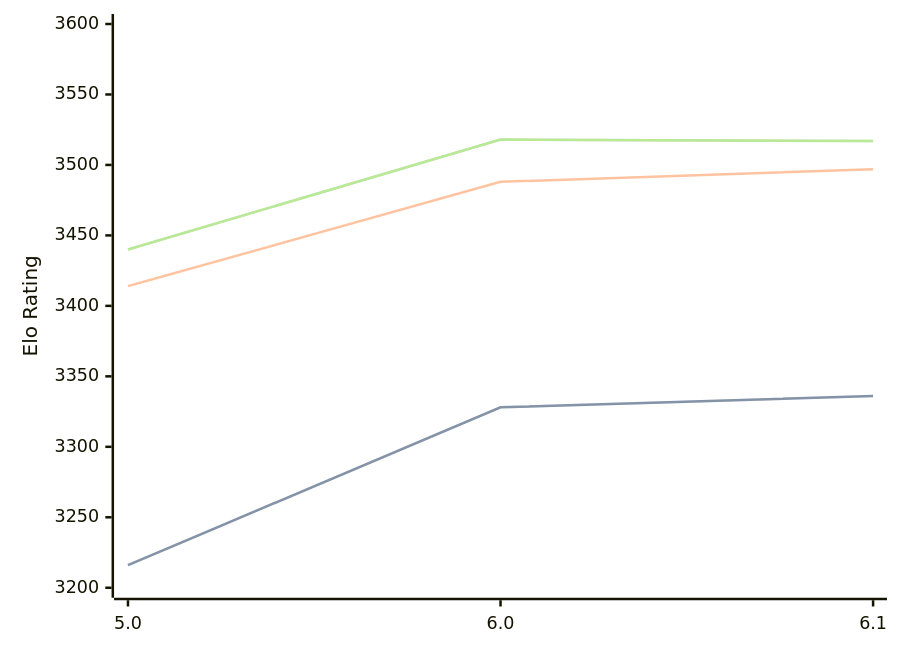
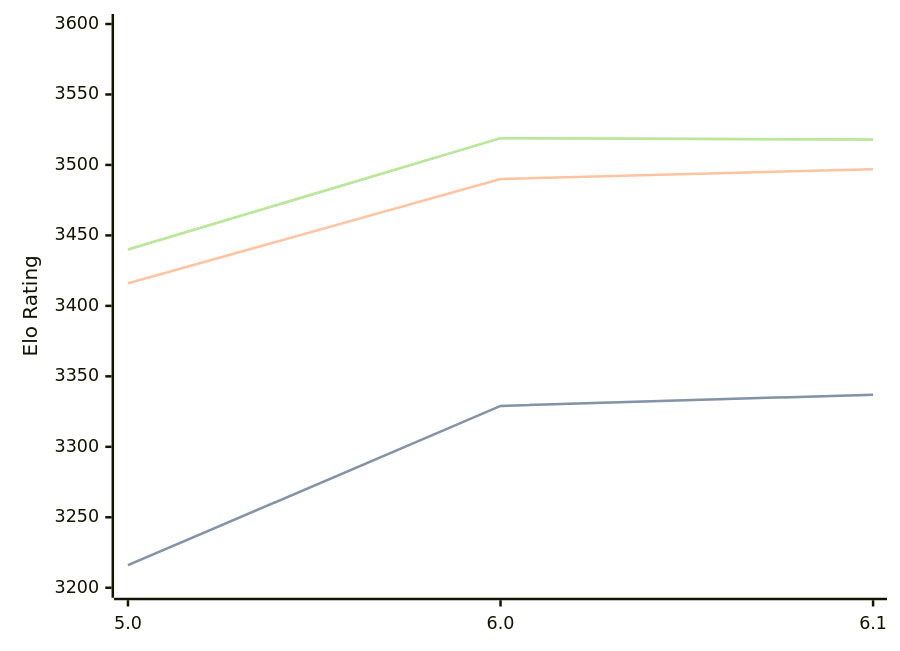
One commit to computer-chess-index/cci changed the diagram in engines/Starzix.md. Above: the diagram before and after it, drawn with Mermaid. The commit also changed other lines of this file, not shown here.

Commit message:
Update CCI Ratings (ELO VLTC) - 2026-09-14

````diff
--- a/engines/Starzix.md
+++ b/engines/Starzix.md
@@ -33,11 +33,11 @@
 ```mermaid
 %%{init: {"theme":"base","themeVariables":{"seriesColors:['#a3a3a3','#222221','#faa371']}}}%%
 xychart-beta
   x-axis ["5.0", "6.0", "6.1"]
   y-axis "Elo Rating" 3200 --> 3600
-  line "" [3216, 3328, 3336]
-  line "STC (8.0+0.08s)" [3216, 3328, 3336]
-  line "LTC (60.0+0.60s)" [3414, 3488, 3497]
-  line "" [3440, 3518, 3517]
-  line "VLTC (2m24s+1.12s)" [3440, 3518, 3517]
+  line "" [3216, 3329, 3337]
+  line "STC (8.0+0.08s)" [3216, 3329, 3337]
+  line "LTC (60.0+0.60s)" [3416, 3490, 3497]
+  line "" [3440, 3519, 3518]
+  line "VLTC (2m24s+1.12s)" [3440, 3519, 3518]
 ```
````
